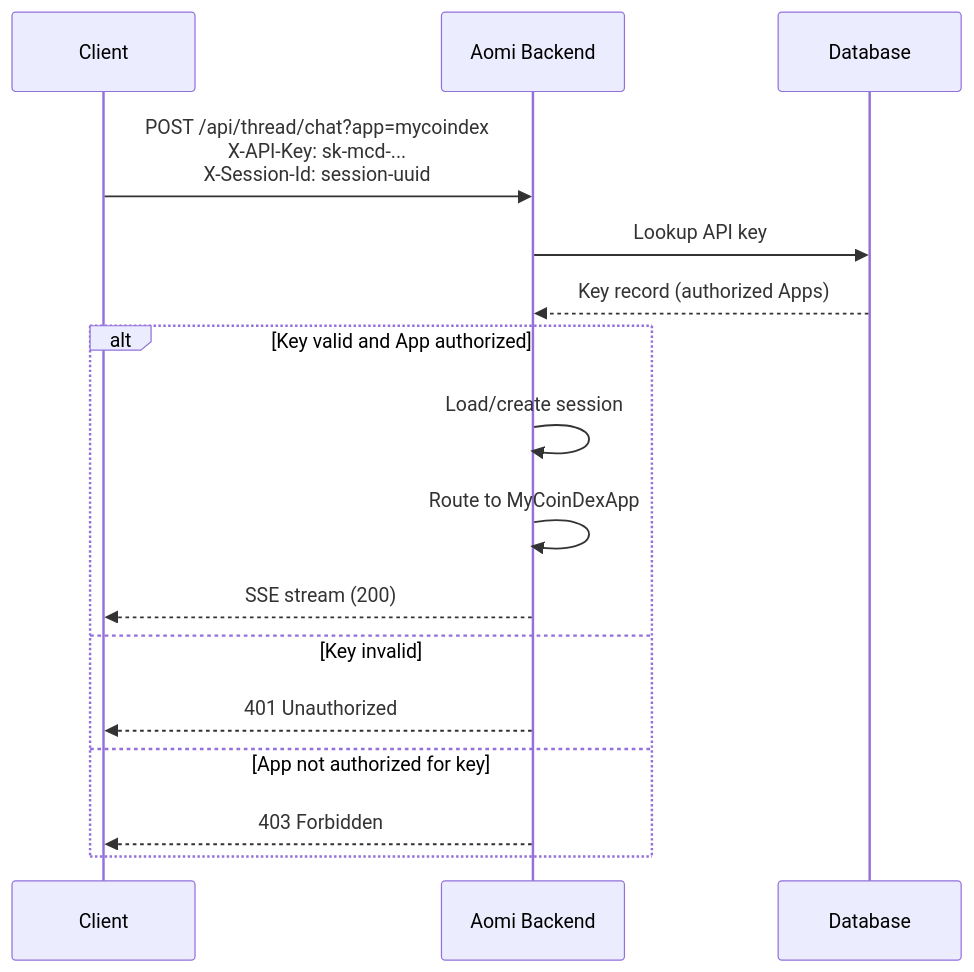
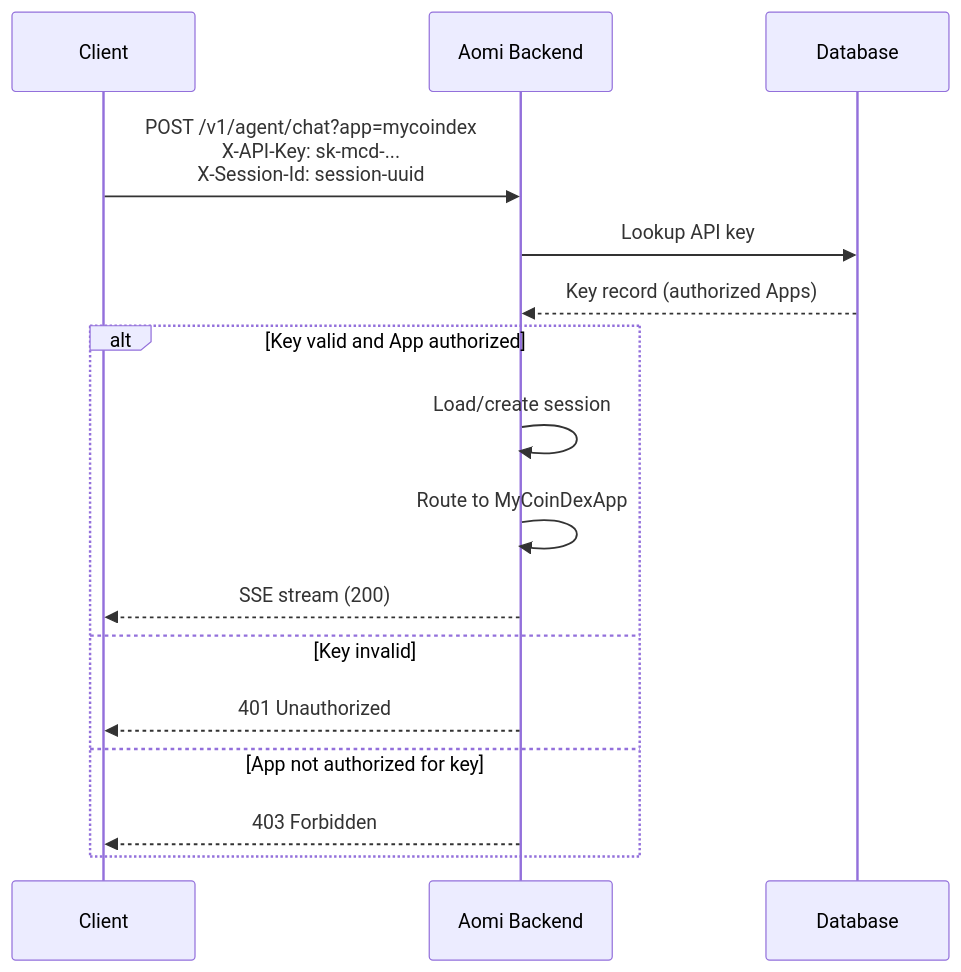
One commit to aomi-labs/aomi-widget changed the second of 2 diagrams in apps/landing/content/guides/build/namespaces.mdx. Above: the diagram before and after it, drawn with Mermaid. The commit also changed other lines of this file and 246 other files, not shown here.

````diff
--- a/apps/landing/content/guides/build/namespaces.mdx
+++ b/apps/landing/content/guides/build/namespaces.mdx
@@ -84,21 +84,21 @@
 ```mermaid
 sequenceDiagram
     participant Client
     participant Backend as Aomi Backend
     participant DB as Database
 
-    Client->>Backend: POST /api/thread/chat?app=mycoindex<br/>X-API-Key: sk-mcd-...<br/>X-Session-Id: session-uuid
+    Client->>Backend: POST /v1/agent/chat?app=mycoindex<br/>X-API-Key: sk-mcd-...<br/>X-Session-Id: session-uuid
 
     Backend->>DB: Lookup API key
     DB-->>Backend: Key record (authorized Apps)
 
     alt Key valid and App authorized
         Backend->>Backend: Load/create session
         Backend->>Backend: Route to MyCoinDexApp
         Backend-->>Client: SSE stream (200)
     else Key invalid
         Backend-->>Client: 401 Unauthorized
     else App not authorized for key
         Backend-->>Client: 403 Forbidden
     end
 ```
````
